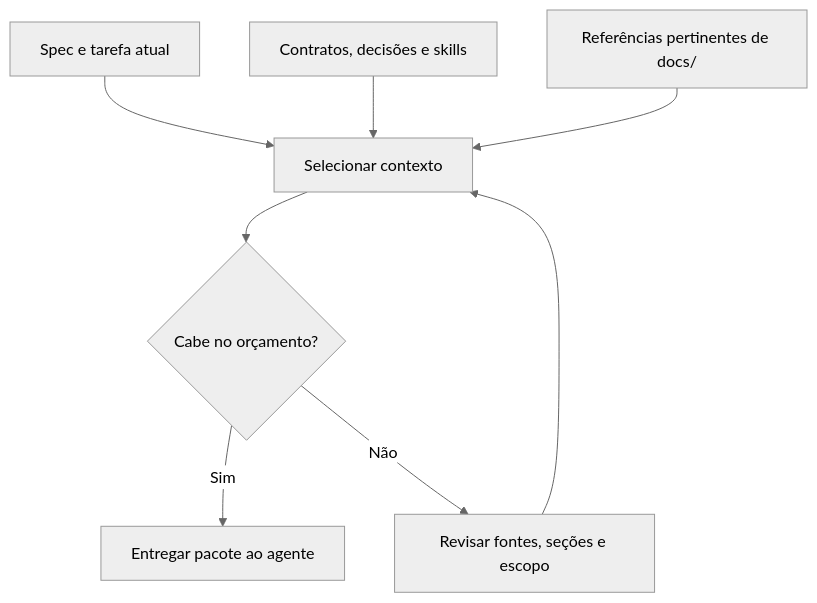
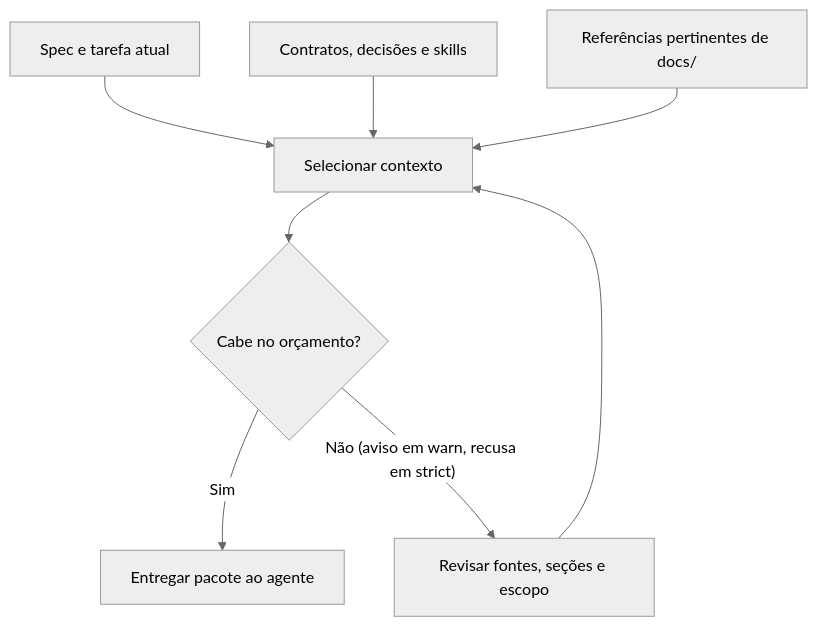
Before and after one commit to moisesuailab/sdd-flow: the second of 2 diagrams in README.pt-BR.md, drawn with Mermaid (neutral theme). The commit also changed other lines of this file and 23 other files, not shown here.

````diff
--- a/README.pt-BR.md
+++ b/README.pt-BR.md
@@ -165,10 +165,10 @@
 ```mermaid
 flowchart TD
     A["Spec e tarefa atual"] --> D["Selecionar contexto"]
     B["Contratos, decisões e skills"] --> D
     C["Referências pertinentes de docs/"] --> D
     D --> E{"Cabe no orçamento?"}
     E -->|"Sim"| F["Entregar pacote ao agente"]
-    E -->|"Não"| G["Revisar fontes, seções e escopo"]
+    E -->|"Não (aviso em warn, recusa em strict)"| G["Revisar fontes, seções e escopo"]
     G --> D
 ```
````
